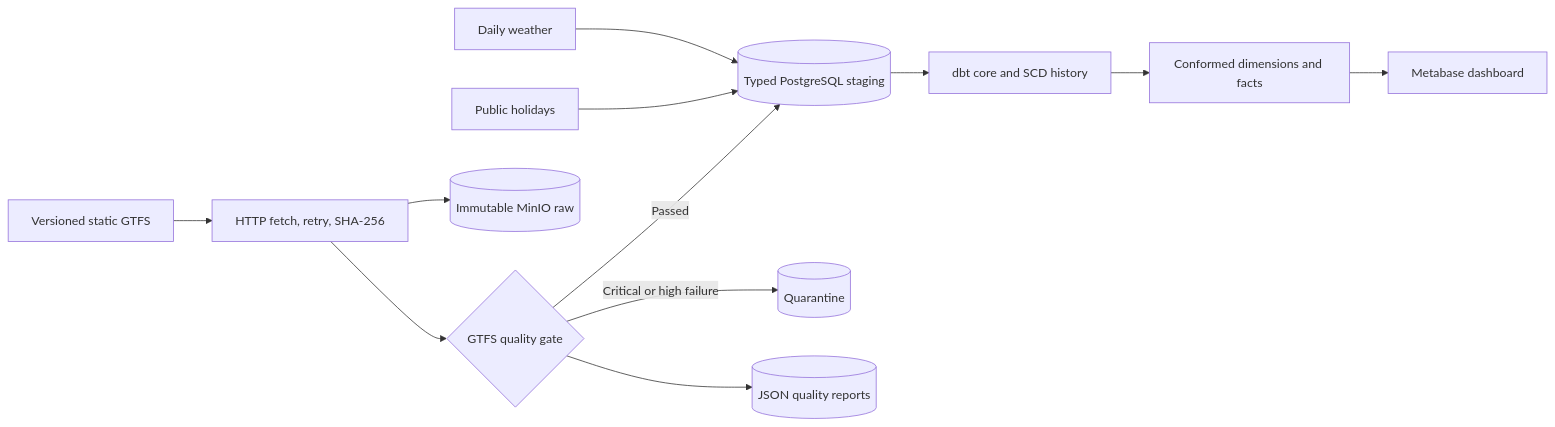
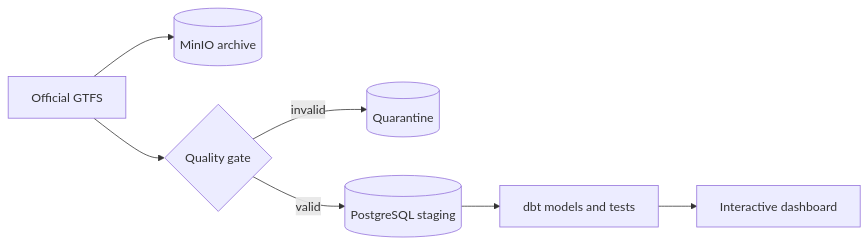
Before and after one commit to acilione/milano_mobility: the diagram in README.md, drawn with Mermaid. The commit also changed other lines of this file and 26 other files, not shown here.

````diff
--- a/README.md
+++ b/README.md
@@ -88,14 +21,9 @@
 ```mermaid
 flowchart LR
-    GTFS[Versioned static GTFS] --> Fetch[HTTP fetch, retry, SHA-256]
-    Weather[Daily weather] --> Stage
-    Holidays[Public holidays] --> Stage
-    Fetch --> Raw[(Immutable MinIO raw)]
-    Fetch --> Validate{GTFS quality gate}
-    Validate -->|Critical or high failure| Quarantine[(Quarantine)]
-    Validate -->|Passed| Stage[(Typed PostgreSQL staging)]
-    Stage --> Core[dbt core and SCD history]
-    Core --> Marts[Conformed dimensions and facts]
-    Marts --> BI[Metabase dashboard]
-    Validate --> Reports[(JSON quality reports)]
+    Source[Official GTFS] --> Archive[(MinIO archive)]
+    Source --> Validate{Quality gate}
+    Validate -->|invalid| Quarantine[(Quarantine)]
+    Validate -->|valid| Stage[(PostgreSQL staging)]
+    Stage --> Model[dbt models and tests]
+    Model --> Dashboard[Interactive dashboard]
 ```
````
